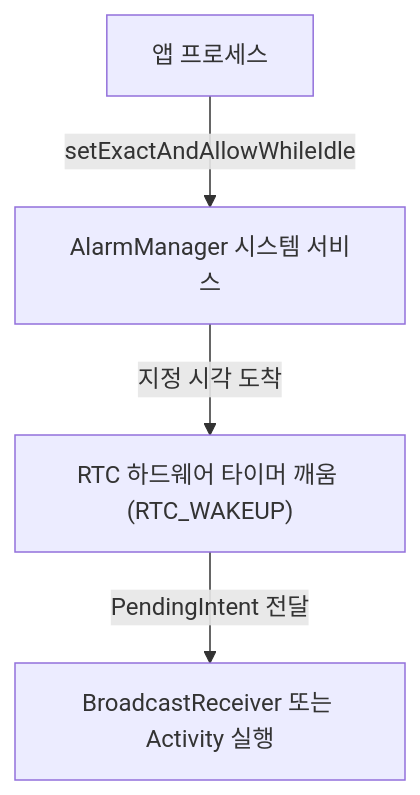
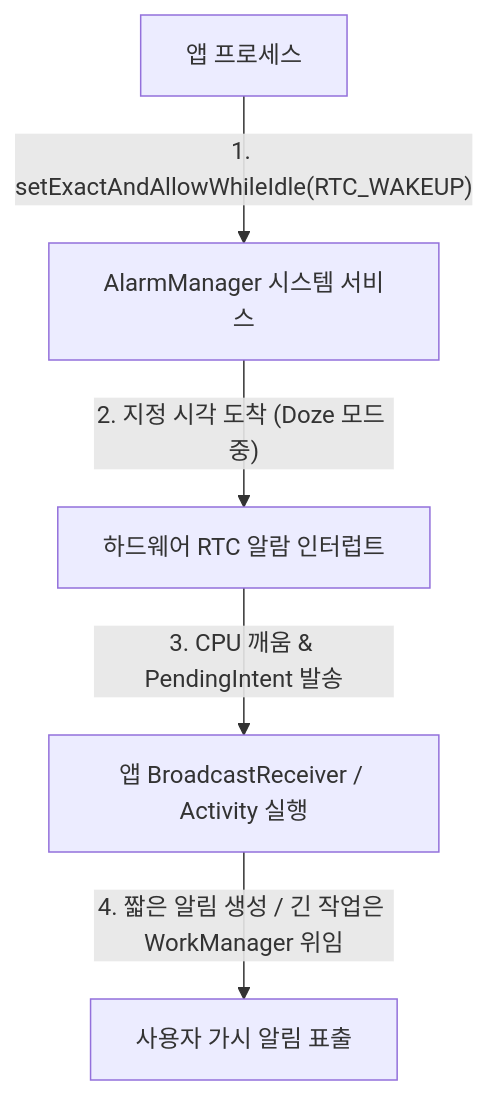
Before and after one commit to youngmin-gwon/what-i-studied: the diagram in 01_inbox/mobile/android/04_system_services/background-and-notifications/alarm-manager.md, drawn with Mermaid. The commit also changed other lines of this file and 83 other files, not shown here.

````diff
--- a/01_inbox/mobile/android/04_system_services/background-and-notifications/alarm-manager.md
+++ b/01_inbox/mobile/android/04_system_services/background-and-notifications/alarm-manager.md
@@ -17,6 +24,7 @@
 ```mermaid
 graph TD
-    App["앱 프로세스"] -->|"setExactAndAllowWhileIdle"| AlarmManager["AlarmManager 시스템 서비스"]
-    AlarmManager -->|"지정 시각 도착"| RTC["RTC 하드웨어 타이머 깨움 (RTC_WAKEUP)"]
-    RTC -->|"PendingIntent 전달"| Receiver["BroadcastReceiver 또는 Activity 실행"]
+    App["앱 프로세스"] -->|"1. setExactAndAllowWhileIdle(RTC_WAKEUP)"| AlarmManager["AlarmManager 시스템 서비스"]
+    AlarmManager -->|"2. 지정 시각 도착 (Doze 모드 중)"| RTC["하드웨어 RTC 알람 인터럽트"]
+    RTC -->|"3. CPU 깨움 & PendingIntent 발송"| Receiver["앱 BroadcastReceiver / Activity 실행"]
+    Receiver -->|"4. 짧은 알림 생성 / 긴 작업은 WorkManager 위임"| Done["사용자 가시 알림 표출"]
 ```
````
